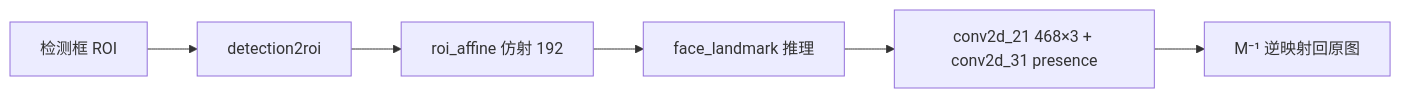
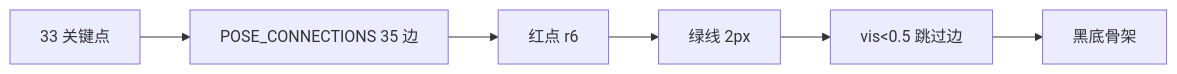
One commit to aibittek/course_generate_agent changed the fifth of 8 diagrams in courses/sheet1/robot_vision/_parts/experiment-9.md. Above: the diagram before and after it, drawn with Mermaid. The commit also changed other lines of this file and 98 other files, not shown here.

````diff
--- a/courses/sheet1/robot_vision/_parts/experiment-9.md
+++ b/courses/sheet1/robot_vision/_parts/experiment-9.md
@@ -318,8 +323,8 @@
 ```mermaid
 graph LR
-    A[检测框 ROI] --> B[detection2roi]
-    B --> C[roi_affine 仿射 192]
-    C --> D[face_landmark 推理]
-    D --> E["conv2d_21 468×3 + conv2d_31 presence"]
-    E --> F[M⁻¹ 逆映射回原图]
+    A["33 关键点"] --> B["POSE_CONNECTIONS 35 边"]
+    B --> C[红点 r6]
+    C --> D[绿线 2px]
+    D --> E["vis<0.5 跳过边"]
+    E --> F[黑底骨架]
 ```
````
